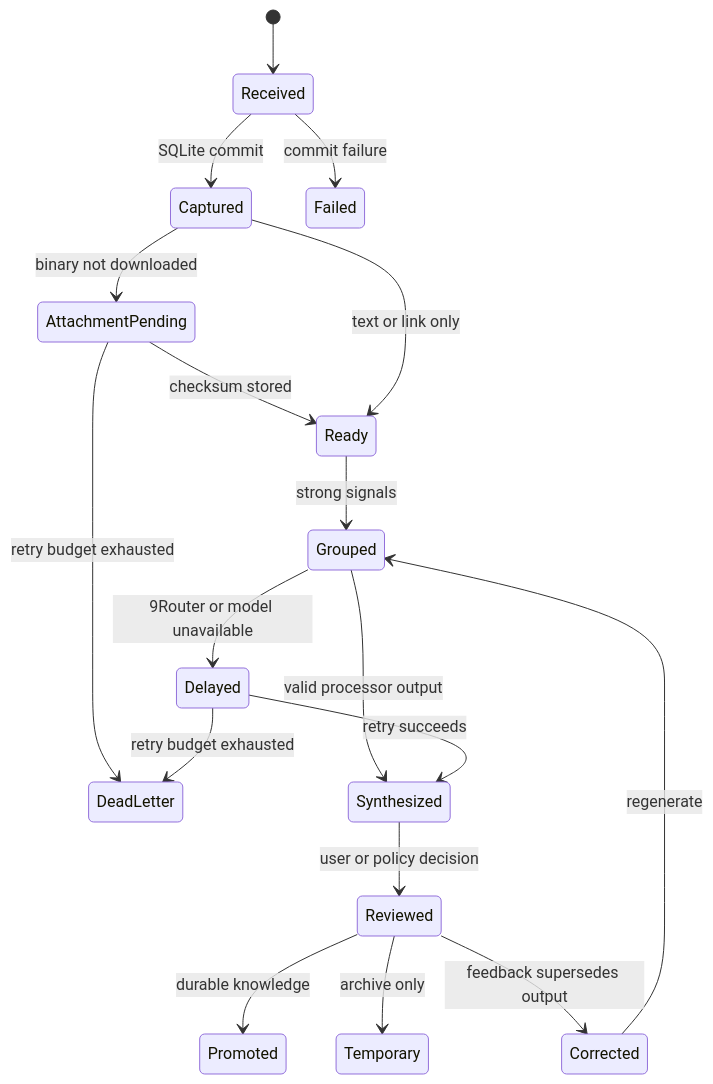
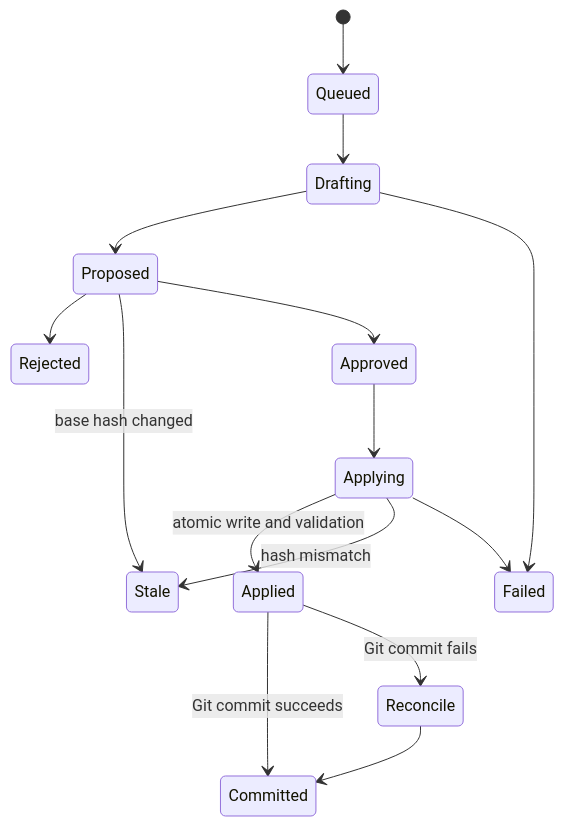
One commit to tienbac2314/north-obsidian-vault changed the third of 5 diagrams in docs/architecture/diagrams.md. Above: the diagram before and after it, drawn with Mermaid. The commit also changed other lines of this file and 29 other files, not shown here.

````diff
--- a/docs/architecture/diagrams.md
+++ b/docs/architecture/diagrams.md
@@ -30,20 +36,17 @@
 ```mermaid
 stateDiagram-v2
-    [*] --> Received
-    Received --> Captured: SQLite commit
-    Received --> Failed: commit failure
-    Captured --> AttachmentPending: binary not downloaded
-    AttachmentPending --> Ready: checksum stored
-    AttachmentPending --> DeadLetter: retry budget exhausted
-    Captured --> Ready: text or link only
-    Ready --> Grouped: strong signals
-    Grouped --> Synthesized: valid processor output
-    Grouped --> Delayed: 9Router or model unavailable
-    Delayed --> Synthesized: retry succeeds
-    Delayed --> DeadLetter: retry budget exhausted
-    Synthesized --> Reviewed: user or policy decision
-    Reviewed --> Promoted: durable knowledge
-    Reviewed --> Temporary: archive only
-    Reviewed --> Corrected: feedback supersedes output
-    Corrected --> Grouped: regenerate
+    [*] --> Queued
+    Queued --> Drafting
+    Drafting --> Proposed
+    Drafting --> Failed
+    Proposed --> Rejected
+    Proposed --> Stale: base hash changed
+    Proposed --> Approved
+    Approved --> Applying
+    Applying --> Applied: atomic write and validation
+    Applying --> Stale: hash mismatch
+    Applying --> Failed
+    Applied --> Committed: Git commit succeeds
+    Applied --> Reconcile: Git commit fails
+    Reconcile --> Committed
 ```
````
